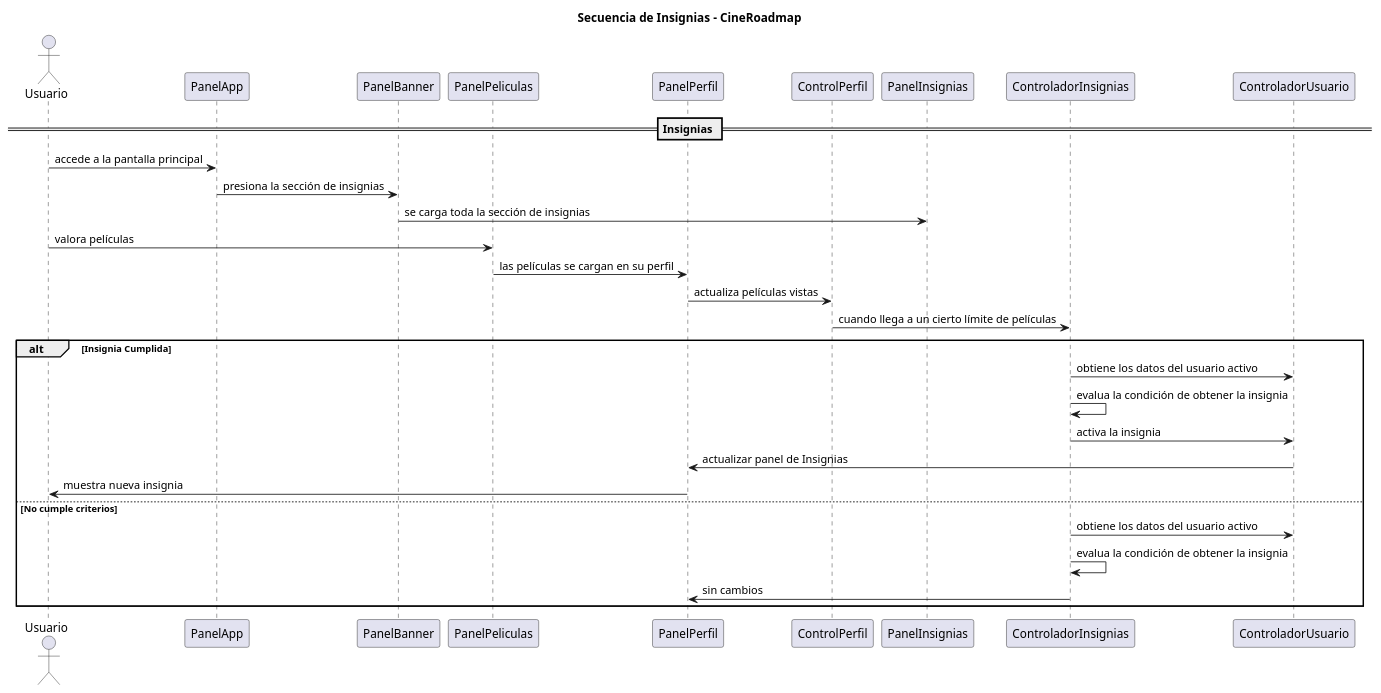
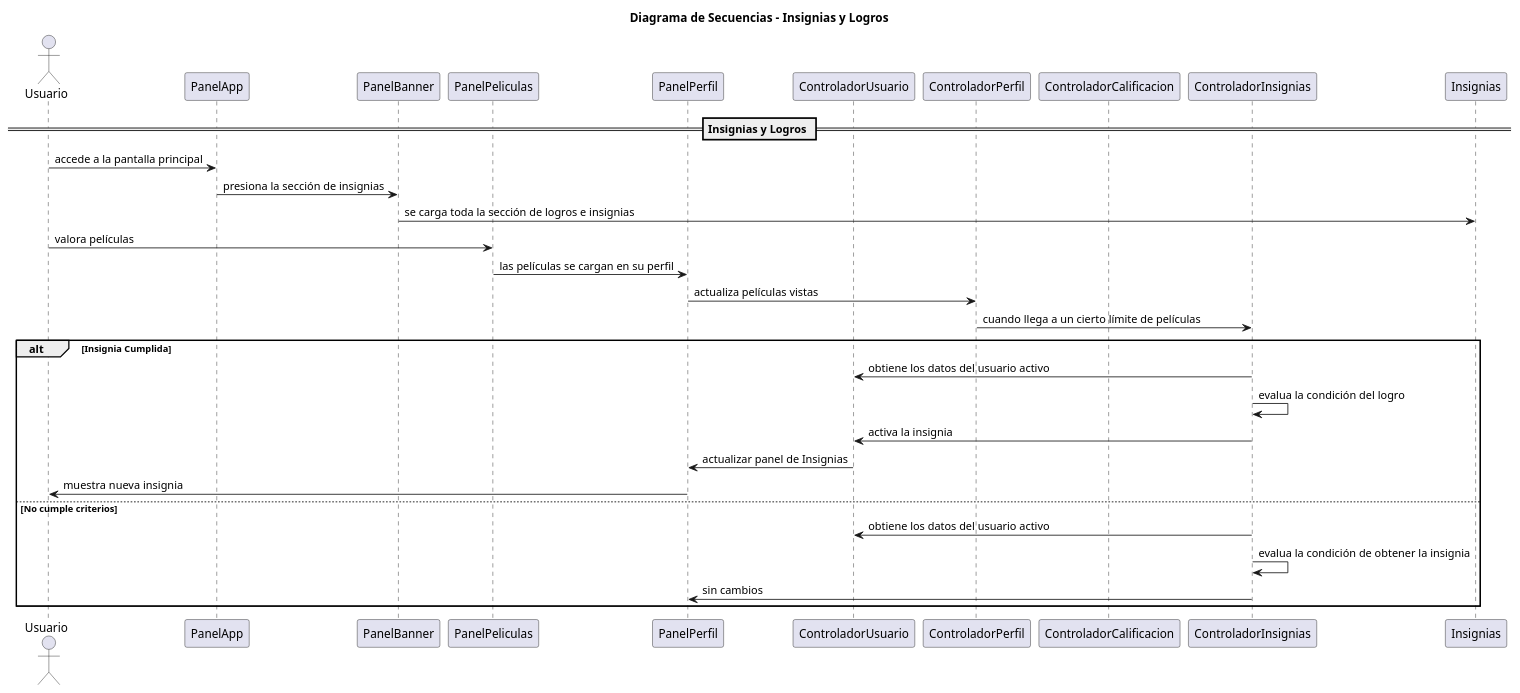
One commit to Perales33/Proyecto_Ingenieria_CineRoadmap changed the diagram in src/main/resources/diagramas/esquemas/DiagramaInsignias.puml. Above: the diagram before and after it, drawn with PlantUML. The commit also changed 43 other files, not shown here.

```diff
--- a/src/main/resources/diagramas/esquemas/DiagramaInsignias.puml
+++ b/src/main/resources/diagramas/esquemas/DiagramaInsignias.puml
@@ -1,34 +1,36 @@
 @startuml
-title Secuencia de Insignias - CineRoadmap
+
+title Diagrama de Secuencias - Insignias y Logros
 
 actor Usuario
+
 participant "PanelApp" as App
 participant "PanelBanner" as Banner
 participant "PanelPeliculas" as Peliculas
 participant "PanelPerfil" as Perfil
-participant "ControlPerfil" as CPU
-participant "PanelInsignias" as Insignias
+participant "ControladorUsuario" as CU
+participant "ControladorPerfil" as CPU
+participant "ControladorCalificacion" as CC
 participant "ControladorInsignias" as CI
-participant "ControladorUsuario" as CU
 
-== Insignias ==
+== Insignias y Logros ==
 Usuario -> App : accede a la pantalla principal
 App -> Banner : presiona la sección de insignias
-Banner -> Insignias : se carga toda la sección de insignias
+Banner -> Insignias : se carga toda la sección de logros e insignias
 Usuario -> Peliculas : valora películas
 Peliculas -> Perfil: las películas se cargan en su perfil
 Perfil -> CPU : actualiza películas vistas
 CPU -> CI : cuando llega a un cierto límite de películas
 alt Insignia Cumplida
     CI -> CU : obtiene los datos del usuario activo
-    CI -> CI : evalua la condición de obtener la insignia
+    CI -> CI : evalua la condición del logro
     CI -> CU : activa la insignia
     CU -> Perfil : actualizar panel de Insignias
     Perfil -> Usuario : muestra nueva insignia
 else No cumple criterios
     CI -> CU : obtiene los datos del usuario activo
     CI -> CI : evalua la condición de obtener la insignia
     CI -> Perfil : sin cambios
 end
 
 @enduml
```
